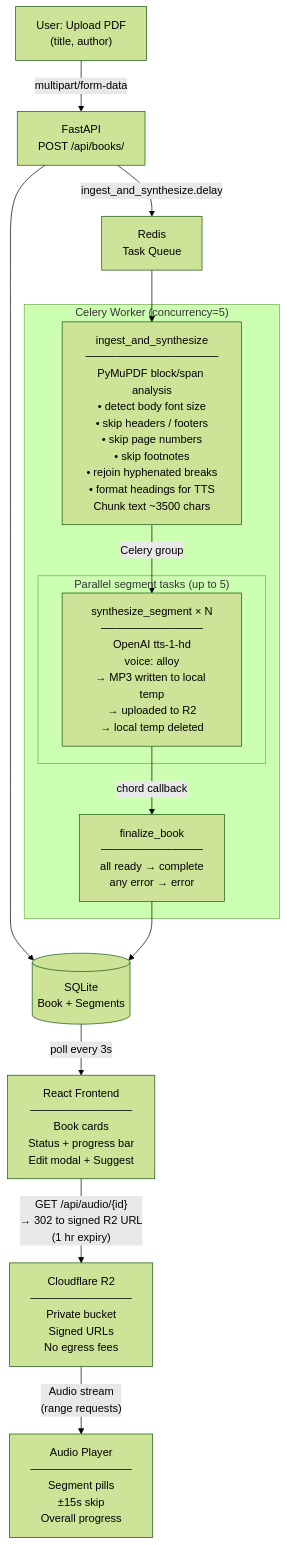
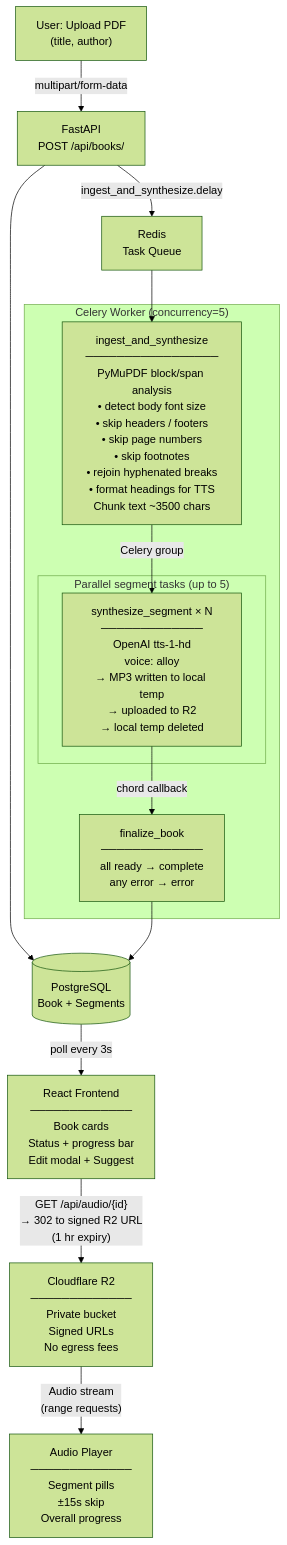
Before and after one commit to antispiraldev/AudioBookLib: the diagram in PIPELINE.md, drawn with Mermaid (forest theme). The commit also changed other lines of this file and 14 other files, not shown here.

First line of the commit message:
feat: PostgreSQL + Alembic migrations, PDFs to R2 (Phase 1)

````diff
--- a/PIPELINE.md
+++ b/PIPELINE.md
@@ -3,33 +3,33 @@
 ```mermaid
 flowchart TD
     Upload["User: Upload PDF\n(title, author)"]
     API["FastAPI\nPOST /api/books/"]
-    DB[("SQLite\nBook + Segments")]
+    DB[("PostgreSQL\nBook + Segments")]
     Queue["Redis\nTask Queue"]
 
     Upload -->|multipart/form-data| API
     API --> DB
     API -->|ingest_and_synthesize.delay| Queue
 
     Queue --> Ingest
 
     subgraph Worker ["Celery Worker (concurrency=5)"]
         Ingest["ingest_and_synthesize\n─────────────────\nPyMuPDF block/span analysis\n• detect body font size\n• skip headers / footers\n• skip page numbers\n• skip footnotes\n• rejoin hyphenated breaks\n• format headings for TTS\nChunk text ~3500 chars"]
         Ingest -->|"Celery group"| Synth
 
         subgraph Parallel ["Parallel segment tasks (up to 5)"]
             Synth["synthesize_segment × N\n─────────────\nOpenAI tts-1-hd\nvoice: alloy\n→ MP3 written to local temp\n→ uploaded to R2\n→ local temp deleted"]
         end
 
         Synth -->|"chord callback"| Finalize
         Finalize["finalize_book\n─────────────\nall ready → complete\nany error  → error"]
     end
 
     Finalize --> DB
 
     DB -->|"poll every 3s"| Frontend
     Frontend["React Frontend\n─────────────\nBook cards\nStatus + progress bar\nEdit modal + Suggest"]
     Frontend -->|"GET /api/audio/{id}\n→ 302 to signed R2 URL\n(1 hr expiry)"| R2
     R2["Cloudflare R2\n─────────────\nPrivate bucket\nSigned URLs\nNo egress fees"]
     R2 -->|"Audio stream\n(range requests)"| Player["Audio Player\n─────────────\nSegment pills\n±15s skip\nOverall progress"]
 ```
````
